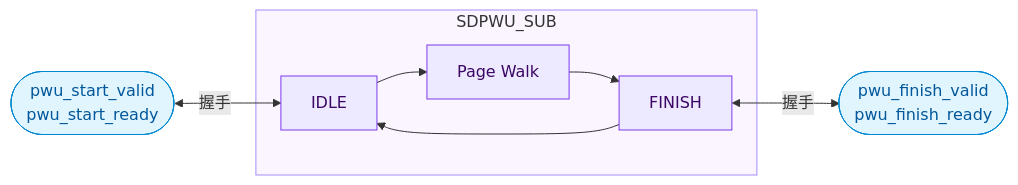
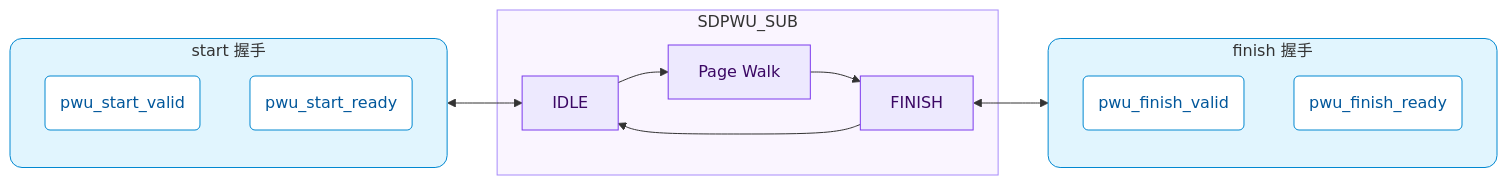
Before and after one commit to DuBirdFly/C1_SDecoder: the third of 6 diagrams in doc/design_plan/SDecoder 设计方案 v1.0.md, drawn with Mermaid.

Commit message:
docs(design): SDPWU_SUB 接口图改为握手容器内嵌 valid/ready 信号框 - 两个 valid+ready 接口由胶囊形节点改为圆角容器, 内部各套 valid/ready 两个圆角小框 - 容器与 IDLE/FINISH 之间保留双向箭头, 容器用 rx 做圆角, 与 SDPWU_SUB 的尖角矩形区分

````diff
--- a/doc/design_plan/SDecoder 设计方案 v1.0.md
+++ b/doc/design_plan/SDecoder 设计方案 v1.0.md
@@ -311,14 +311,26 @@
 ```mermaid
 flowchart LR
     subgraph SUB["SDPWU_SUB"]
         IDLE["IDLE"] --> WALK["Page Walk"] --> FINISH["FINISH"]
         FINISH --> IDLE
     end
-    START(["pwu_start_valid<br/>pwu_start_ready"]) <-->|"握手"| IDLE
-    FINISH <-->|"握手"| RSP(["pwu_finish_valid<br/>pwu_finish_ready"])
-    classDef iface fill:#e1f5fe,stroke:#0288d1,color:#01579b
+    subgraph HS_START["start 握手"]
+        direction TB
+        S_VALID("pwu_start_valid")
+        S_READY("pwu_start_ready")
+    end
+    subgraph HS_FINISH["finish 握手"]
+        direction TB
+        F_VALID("pwu_finish_valid")
+        F_READY("pwu_finish_ready")
+    end
+    HS_START <--> IDLE
+    FINISH <--> HS_FINISH
+    classDef iface fill:#ffffff,stroke:#0288d1,color:#01579b
     classDef state fill:#ede9fe,stroke:#7c3aed,color:#3b0764
-    class START,RSP iface
+    class S_VALID,S_READY,F_VALID,F_READY iface
     class IDLE,WALK,FINISH state
     style SUB fill:#faf5ff,stroke:#a78bfa
+    style HS_START fill:#e1f5fe,stroke:#0288d1,rx:12px
+    style HS_FINISH fill:#e1f5fe,stroke:#0288d1,rx:12px
 ```
````
